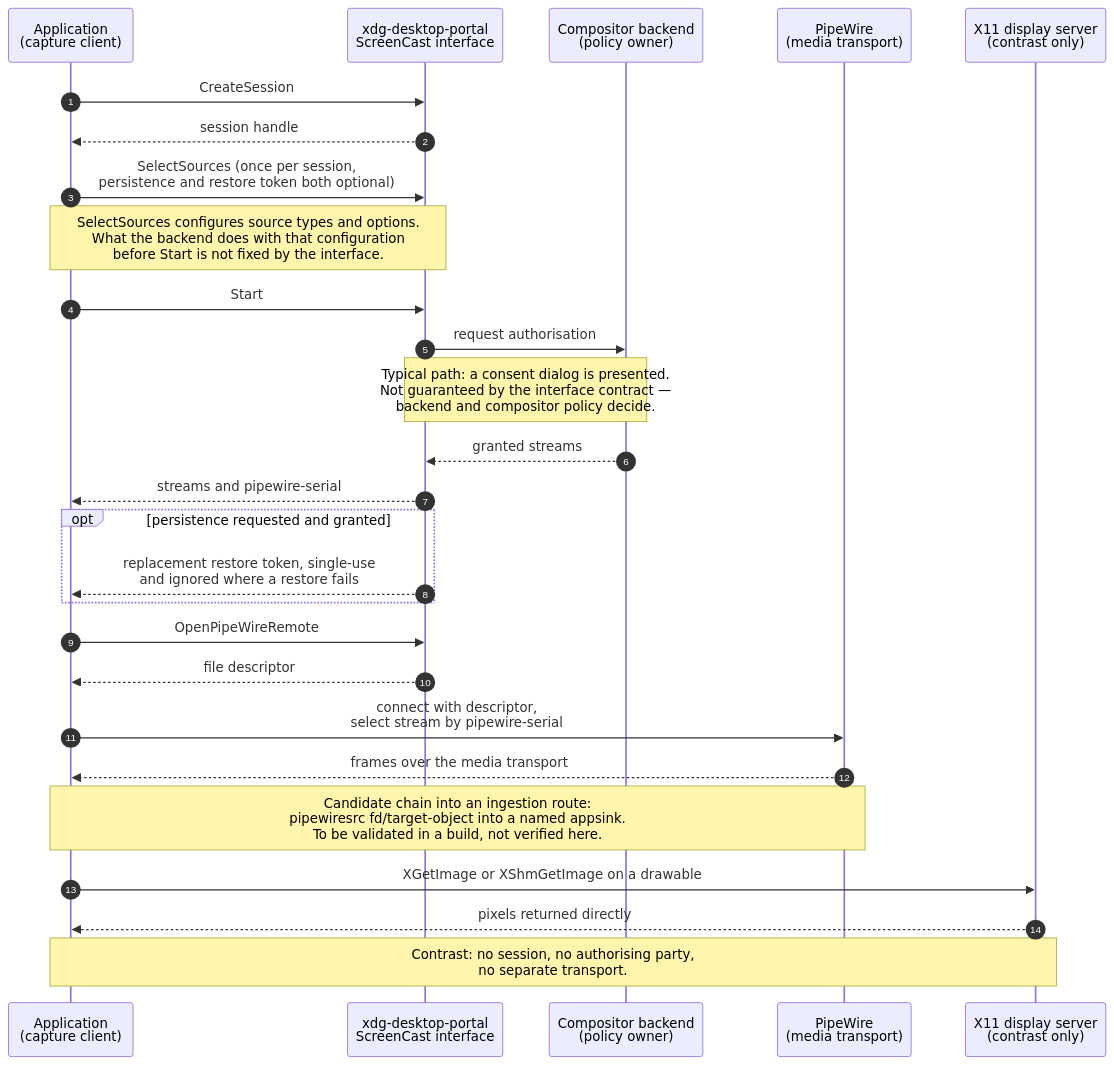
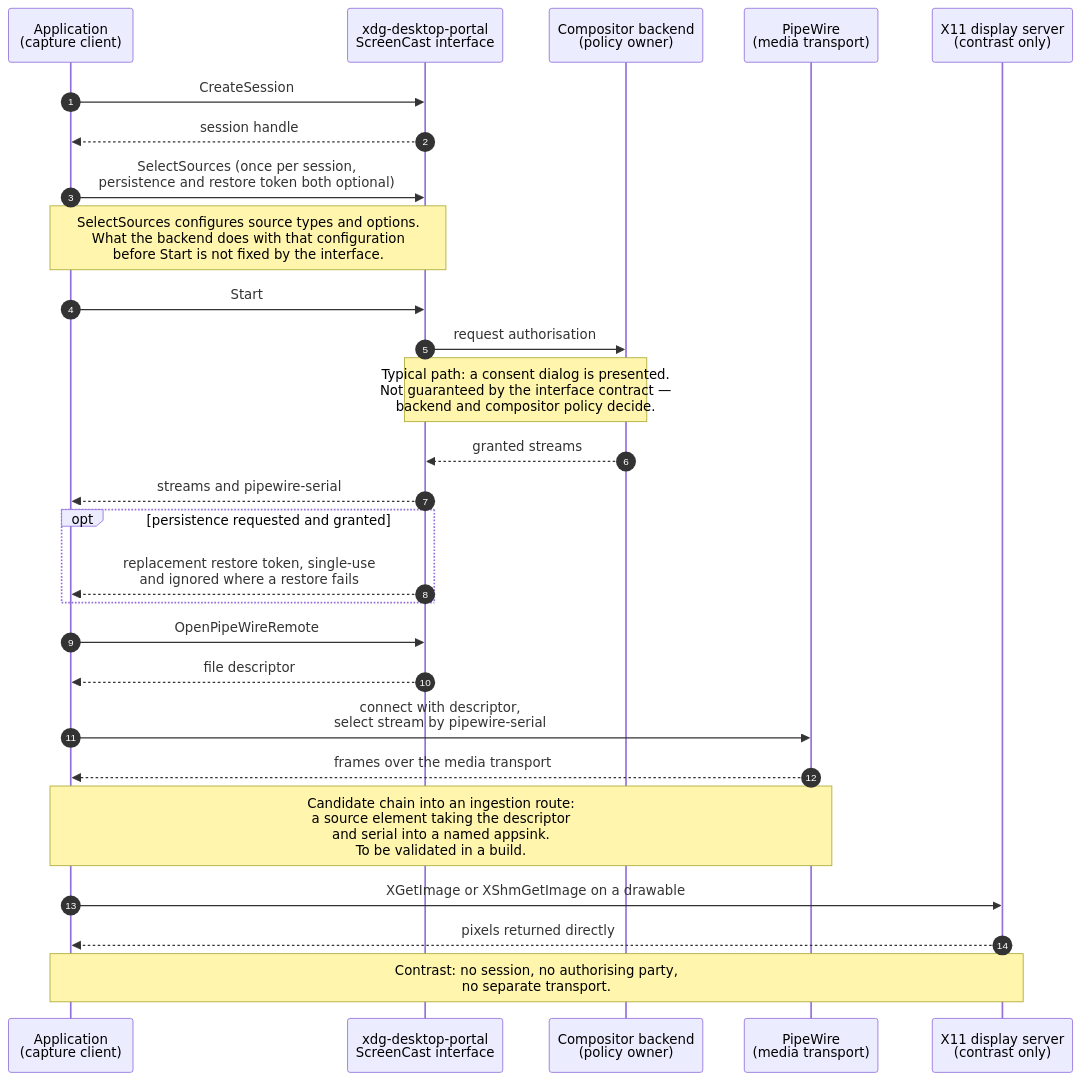
One commit to blitzy-public-samples/opencv changed the diagram in docs/screen-capture-ui/platform-capture-gap-assessment.md. Above: the diagram before and after it, drawn with Mermaid. The commit also changed other lines of this file and 1 other file, not shown here.

````diff
--- a/docs/screen-capture-ui/platform-capture-gap-assessment.md
+++ b/docs/screen-capture-ui/platform-capture-gap-assessment.md
@@ -599,29 +606,29 @@
 ```mermaid
 sequenceDiagram
     autonumber
     participant App as Application<br/>(capture client)
     participant Portal as xdg-desktop-portal<br/>ScreenCast interface
     participant Comp as Compositor backend<br/>(policy owner)
     participant PW as PipeWire<br/>(media transport)
     participant X11 as X11 display server<br/>(contrast only)
     App->>Portal: CreateSession
     Portal-->>App: session handle
     App->>Portal: SelectSources (once per session,<br/>persistence and restore token both optional)
     Note over App,Portal: SelectSources configures source types and options.<br/>What the backend does with that configuration<br/>before Start is not fixed by the interface.
     App->>Portal: Start
     Portal->>Comp: request authorisation
     Note over Portal,Comp: Typical path: a consent dialog is presented.<br/>Not guaranteed by the interface contract —<br/>backend and compositor policy decide.
     Comp-->>Portal: granted streams
     Portal-->>App: streams and pipewire-serial
     opt persistence requested and granted
         Portal-->>App: replacement restore token, single-use<br/>and ignored where a restore fails
     end
     App->>Portal: OpenPipeWireRemote
     Portal-->>App: file descriptor
     App->>PW: connect with descriptor,<br/>select stream by pipewire-serial
     PW-->>App: frames over the media transport
-    Note over App,PW: Candidate chain into an ingestion route:<br/>pipewiresrc fd/target-object into a named appsink.<br/>To be validated in a build, not verified here.
+    Note over App,PW: Candidate chain into an ingestion route:<br/>a source element taking the descriptor<br/>and serial into a named appsink.<br/>To be validated in a build.
     App->>X11: XGetImage or XShmGetImage on a drawable
     X11-->>App: pixels returned directly
     Note over App,X11: Contrast: no session, no authorising party,<br/>no separate transport.
 ```
````
